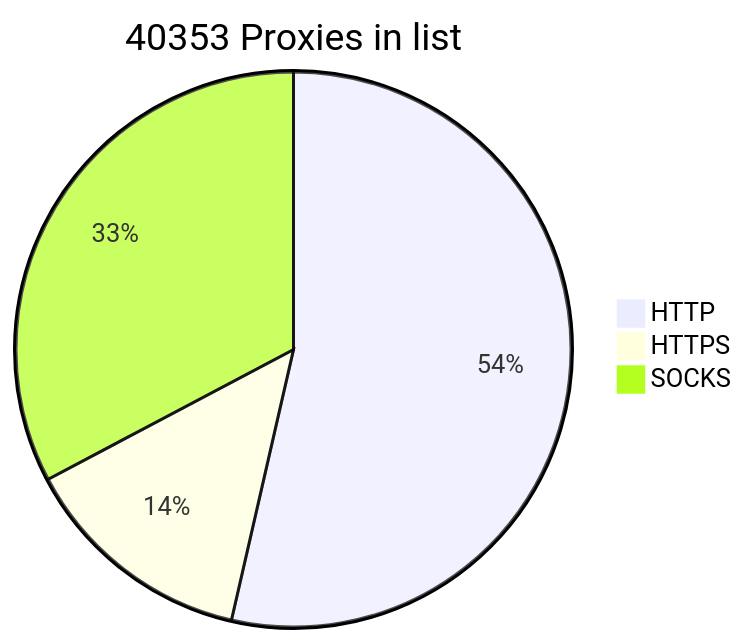
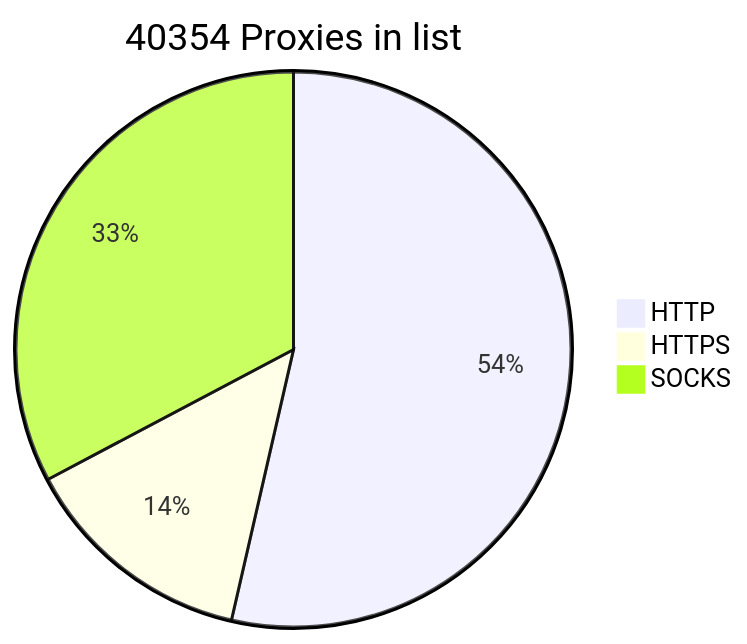
Before and after one commit to BlackSnowDot/proxylist-update-every-minute: the diagram in README.md, drawn with Mermaid.

````diff
--- a/README.md
+++ b/README.md
@@ -2,6 +2,6 @@
 ```mermaid
-pie title 40353 Proxies in list
+pie title 40354 Proxies in list
     "HTTP" : 24247
     "HTTPS": 6185
-    "SOCKS" : 14815
+    "SOCKS" : 14816
 ```
````
